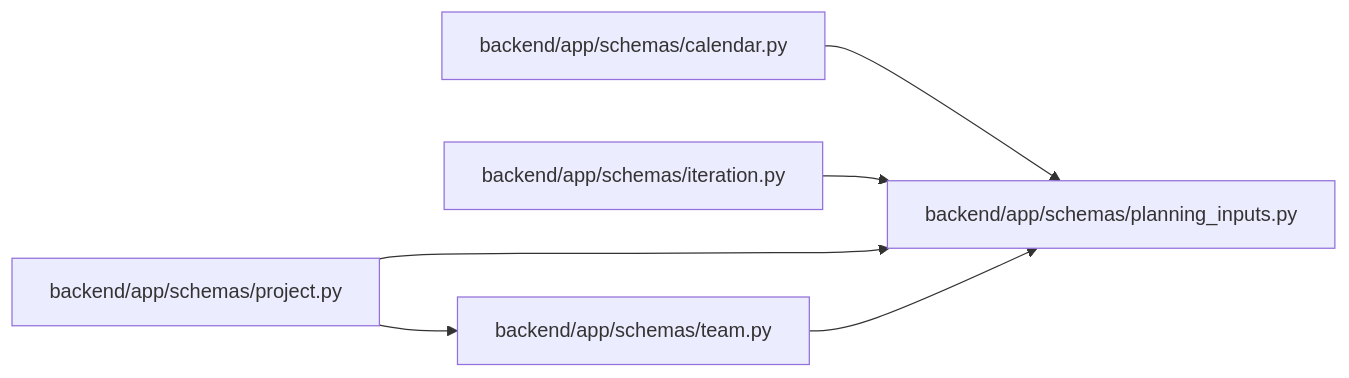
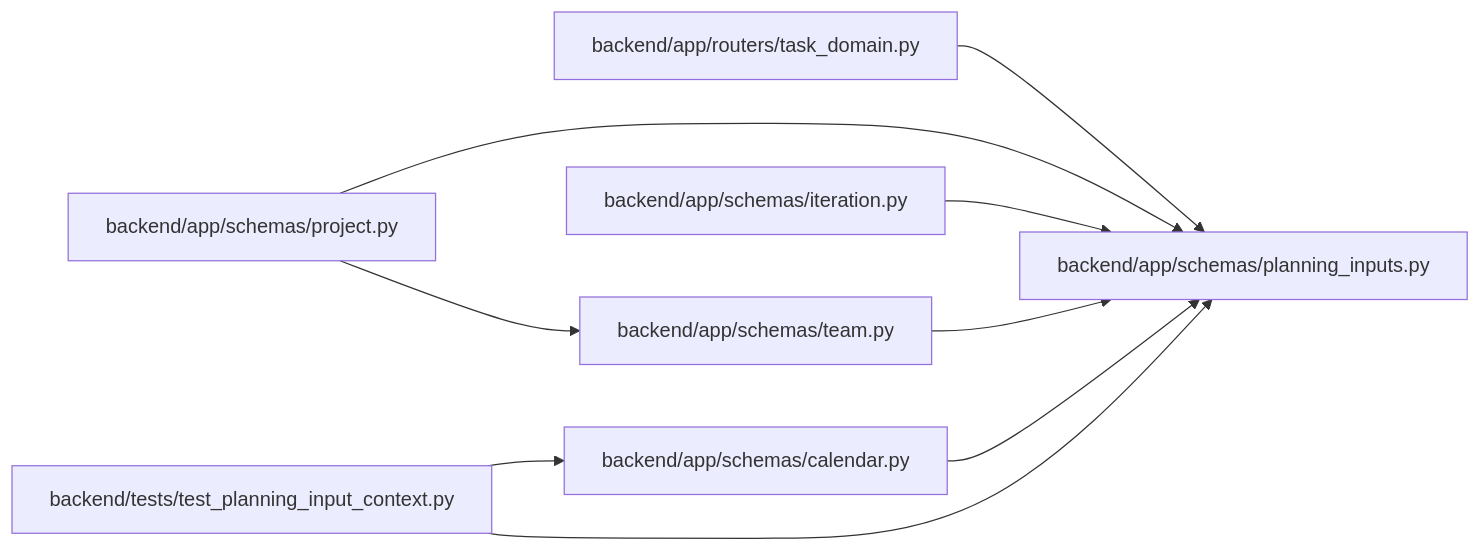
One commit to Denissvgn/WorkChord changed the diagram in docs/llm_wiki/modules/planning_inputs.md. Above: the diagram before and after it, drawn with Mermaid. The commit also changed other lines of this file and 10148 other files, not shown here.

````diff
--- a/docs/llm_wiki/modules/planning_inputs.md
+++ b/docs/llm_wiki/modules/planning_inputs.md
@@ -20,18 +20,25 @@
 ```mermaid
 flowchart LR
-    n0["backend/app/schemas/calendar.py"]
-    n1["backend/app/schemas/iteration.py"]
-    n2["backend/app/schemas/planning_inputs.py"]
-    n3["backend/app/schemas/project.py"]
-    n4["backend/app/schemas/team.py"]
-    n0 --> n2
-    n1 --> n2
-    n3 --> n2
-    n3 --> n4
-    n4 --> n2
-    click n0 "../modules/schemas_calendar.md"
-    click n1 "../modules/schemas_iteration.md"
-    click n2 "../modules/planning_inputs.md"
-    click n3 "../modules/schemas_project.md"
-    click n4 "../modules/schemas_team.md"
+    n0["backend/app/routers/task_domain.py"]
+    n1["backend/app/schemas/calendar.py"]
+    n2["backend/app/schemas/iteration.py"]
+    n3["backend/app/schemas/planning_inputs.py"]
+    n4["backend/app/schemas/project.py"]
+    n5["backend/app/schemas/team.py"]
+    n6["backend/tests/test_planning_input_context.py"]
+    n0 --> n3
+    n1 --> n3
+    n2 --> n3
+    n4 --> n3
+    n4 --> n5
+    n5 --> n3
+    n6 --> n1
+    n6 --> n3
+    click n0 "../modules/routers_task_domain.md"
+    click n1 "../modules/schemas_calendar.md"
+    click n2 "../modules/schemas_iteration.md"
+    click n3 "../modules/planning_inputs.md"
+    click n4 "../modules/schemas_project.md"
+    click n5 "../modules/schemas_team.md"
+    click n6 "../modules/test_planning_input_context.md"
 ```
````
